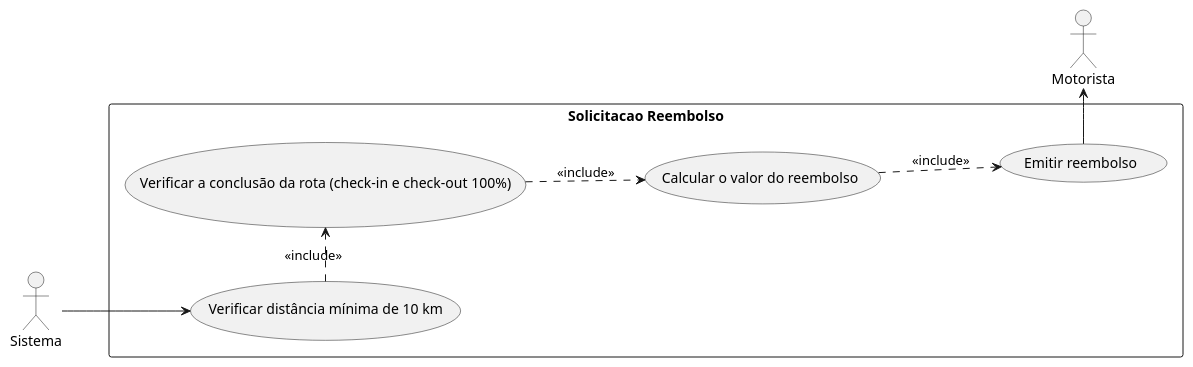
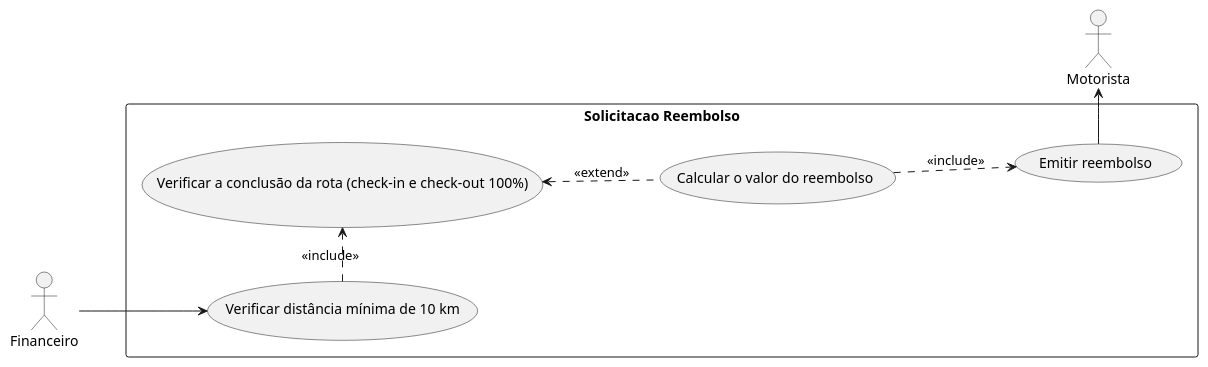
The diagram in estudoDeCasos/solicitacaoReembolso.puml (AnaBeatrizA-Silva/CaronaCorporativa_EngSof), drawn with PlantUML before and after one commit. The commit also changed 7 other files, not shown here.

```diff
--- a/estudoDeCasos/solicitacaoReembolso.puml
+++ b/estudoDeCasos/solicitacaoReembolso.puml
@@ -1,22 +1,22 @@
 @startuml Solicitacao de Reembolso
 
 left to right direction
 
-actor Sistema
+actor Financeiro
 actor Motorista
 
 rectangle "Solicitacao Reembolso" {
     usecase "Verificar distância mínima de 10 km" as soliReem_Verf10
     usecase "Verificar a conclusão da rota (check-in e check-out 100%)" as soliReem_InOut
     usecase "Calcular o valor do reembolso" as soliReem_Calc
     usecase "Emitir reembolso" as soliReem_emitReem
 }
 
-Sistema --> soliReem_Verf10
+Financeiro --> soliReem_Verf10
 soliReem_Verf10 .> soliReem_InOut: <<include>>
-soliReem_InOut ..> soliReem_Calc: <<include>>
+soliReem_InOut <.. soliReem_Calc: <<extend>>
 soliReem_Calc ..> soliReem_emitReem: <<include>>
 soliReem_emitReem -> Motorista
 
 
 @enduml
```
